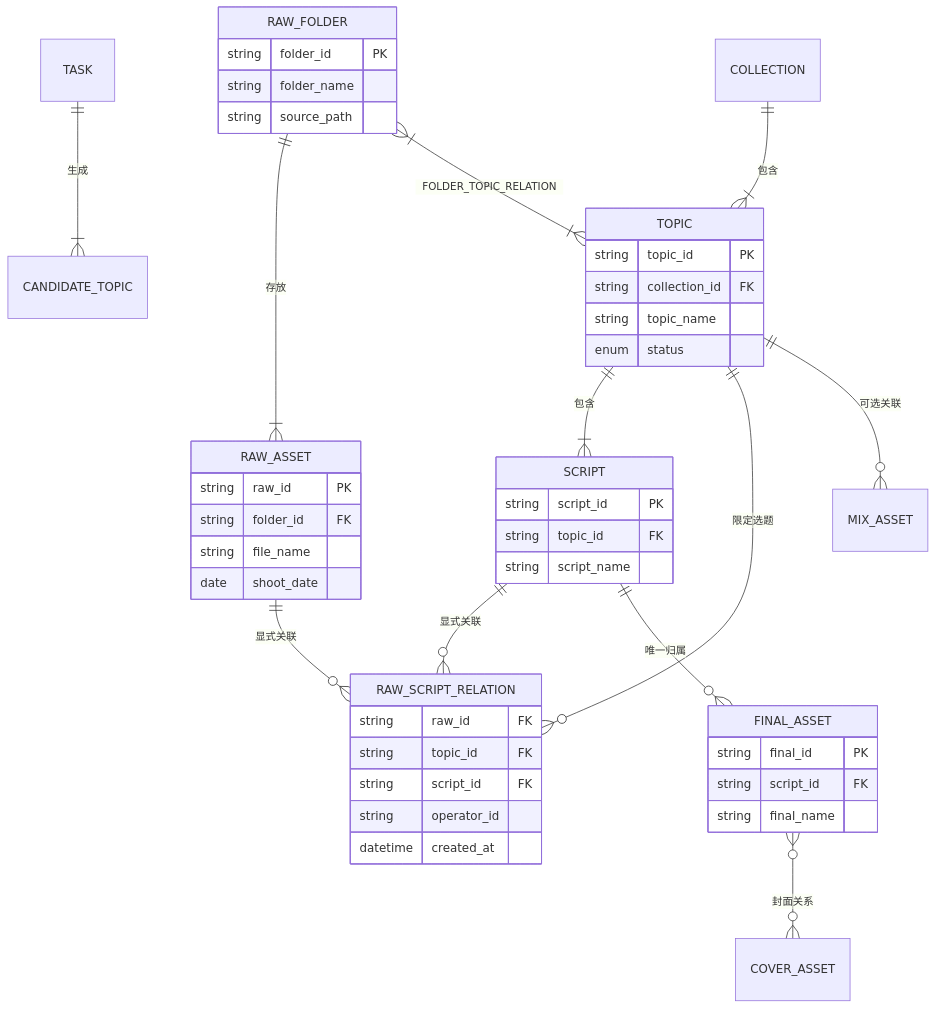
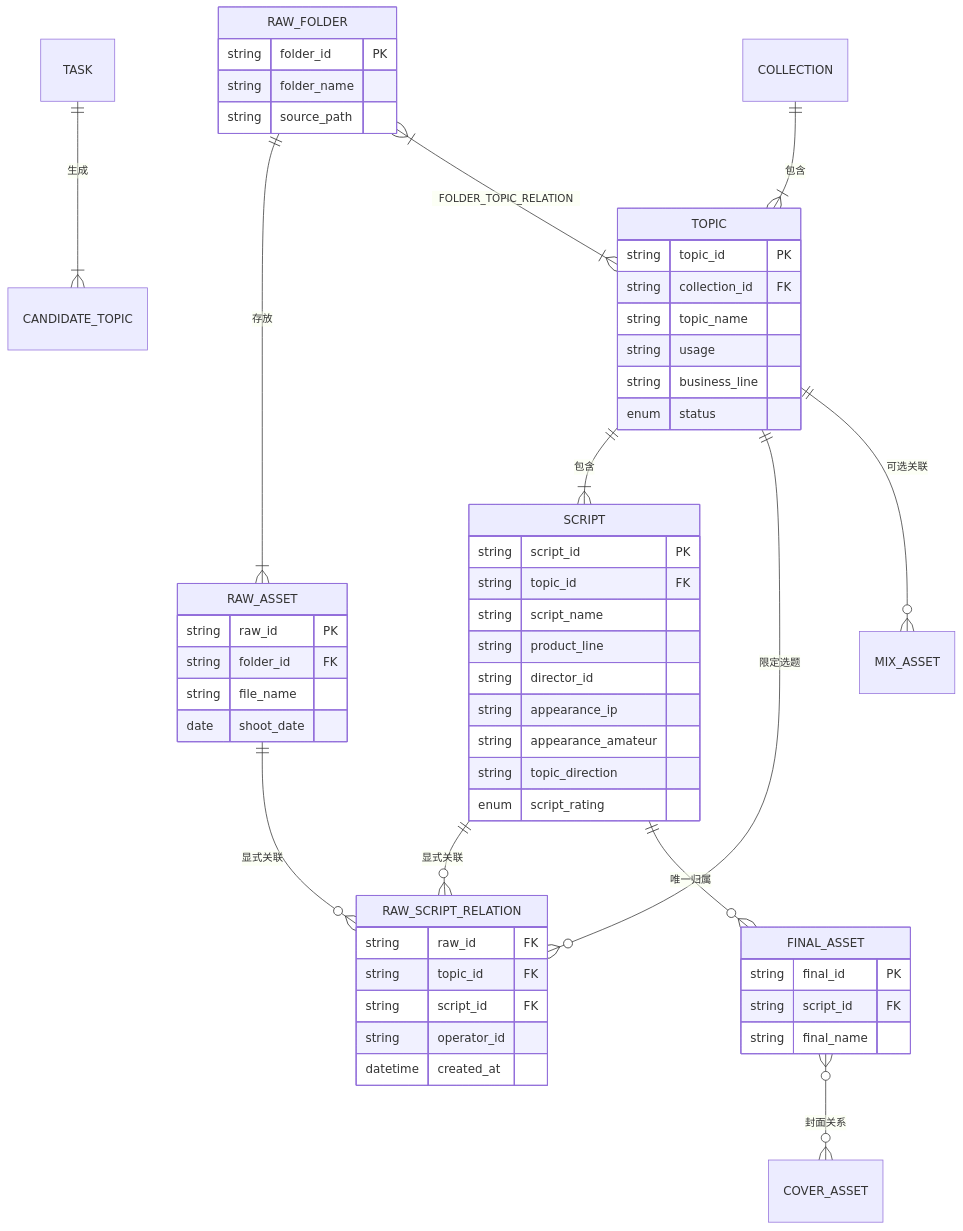
One commit to e3870732-droid/heshu-video-management-demo changed the second of 4 diagrams in 素材库PRD_V113.2_正式交付版.md. Above: the diagram before and after it, drawn with Mermaid. The commit also changed other lines of this file, not shown here.

Commit message:
docs: unify topic and script field ownership

````diff
--- a/素材库PRD_V113.2_正式交付版.md
+++ b/素材库PRD_V113.2_正式交付版.md
@@ -278,49 +281,57 @@
 ```mermaid
 erDiagram
     COLLECTION ||--|{ TOPIC : "包含"
     TOPIC ||--|{ SCRIPT : "包含"
     RAW_FOLDER ||--|{ RAW_ASSET : "存放"
     RAW_FOLDER }|--|{ TOPIC : "FOLDER_TOPIC_RELATION"
     RAW_ASSET ||--o{ RAW_SCRIPT_RELATION : "显式关联"
     SCRIPT ||--o{ RAW_SCRIPT_RELATION : "显式关联"
     TOPIC ||--o{ RAW_SCRIPT_RELATION : "限定选题"
     SCRIPT ||--o{ FINAL_ASSET : "唯一归属"
     FINAL_ASSET }o--o{ COVER_ASSET : "封面关系"
     TOPIC ||--o{ MIX_ASSET : "可选关联"
     TASK ||--|{ CANDIDATE_TOPIC : "生成"
 
     RAW_FOLDER {
         string folder_id PK
         string folder_name
         string source_path
     }
     RAW_ASSET {
         string raw_id PK
         string folder_id FK
         string file_name
         date shoot_date
     }
     TOPIC {
         string topic_id PK
         string collection_id FK
         string topic_name
+        string usage
+        string business_line
         enum status
     }
     SCRIPT {
         string script_id PK
         string topic_id FK
         string script_name
+        string product_line
+        string director_id
+        string appearance_ip
+        string appearance_amateur
+        string topic_direction
+        enum script_rating
     }
     RAW_SCRIPT_RELATION {
         string raw_id FK
         string topic_id FK
         string script_id FK
         string operator_id
         datetime created_at
     }
     FINAL_ASSET {
         string final_id PK
         string script_id FK
         string final_name
     }
 ```
````
